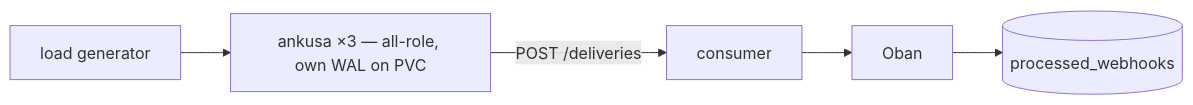
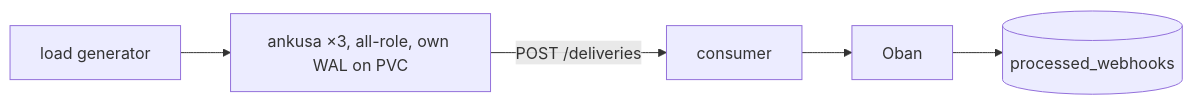
The fifth of 5 diagrams in examples/README.md (jamescarr/ankusa), drawn with Mermaid before and after one commit. The commit also changed other lines of this file and 28 other files, not shown here.

````diff
--- a/examples/README.md
+++ b/examples/README.md
@@ -87,7 +87,7 @@
 ```mermaid
 flowchart LR
-    L[load generator] --> N[ankusa ×3 — all-role, own WAL on PVC]
+    L[load generator] --> N[ankusa ×3, all-role, own WAL on PVC]
     N -->|POST /deliveries| C[consumer]
     C --> OJ[Oban]
     OJ --> DB[(processed_webhooks)]
 ```
````
